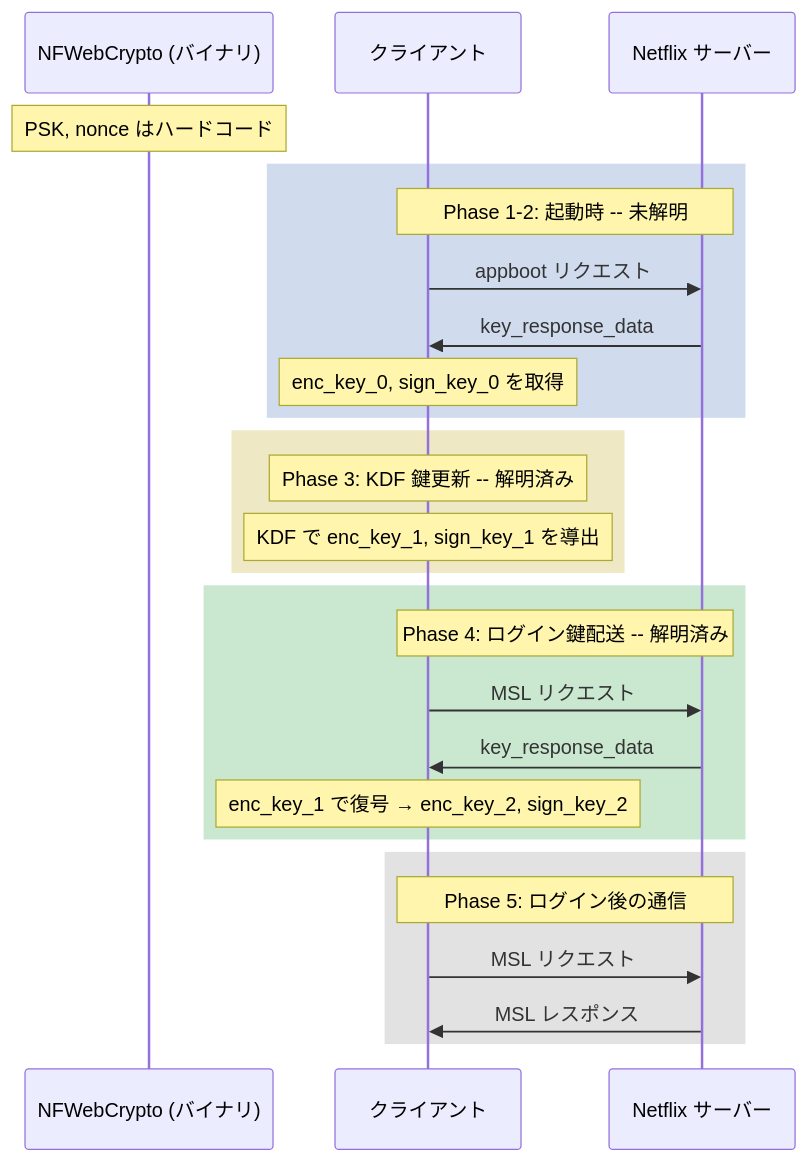
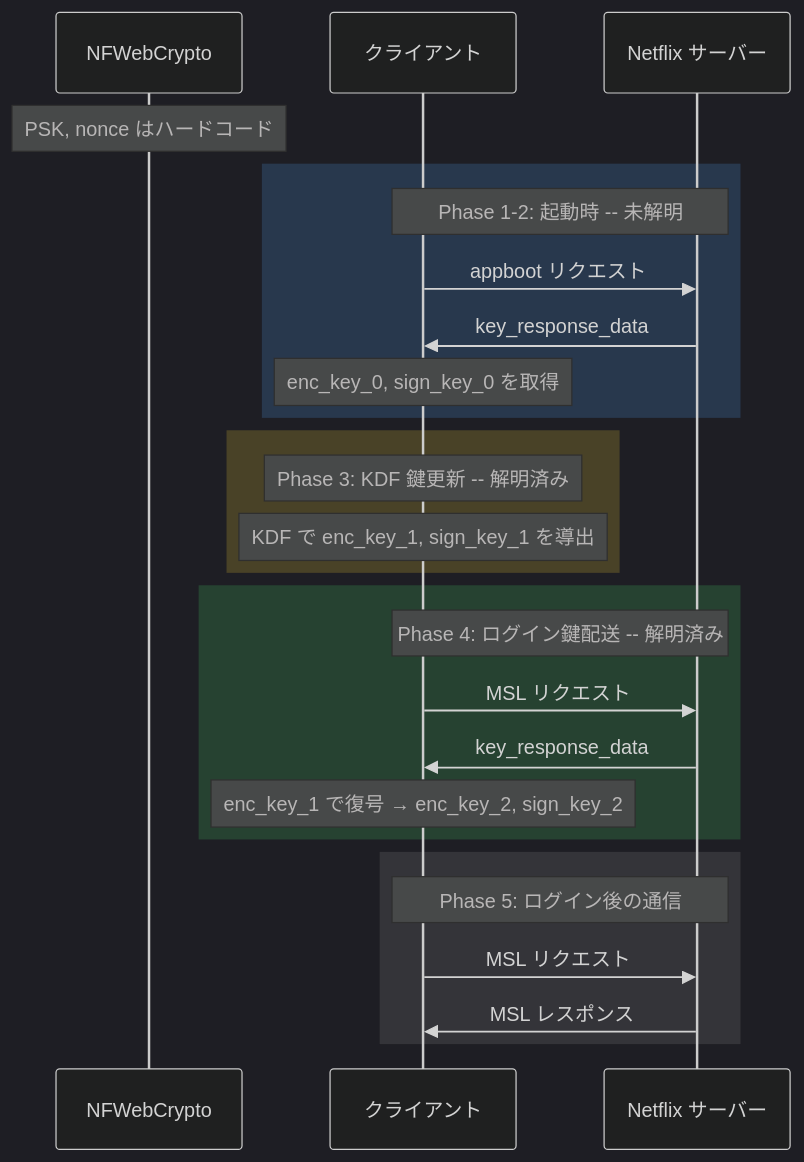
Before and after one commit to qtmleap/revkit: the second of 5 diagrams in docs/spec/msl_key_relationship.md, drawn with Mermaid.

Commit message:
fix(docs): ライフサイクル図にMermaidダークテーマを適用
theme: dark ディレクティブを追加し、テキストの視認性を改善。
rect の透過度も調整。

````diff
--- a/docs/spec/msl_key_relationship.md
+++ b/docs/spec/msl_key_relationship.md
@@ -109,33 +109,34 @@
 ```mermaid
+%%{init: {'theme': 'dark'}}%%
 sequenceDiagram
-    participant B as NFWebCrypto (バイナリ)
+    participant B as NFWebCrypto
     participant C as クライアント
     participant S as Netflix サーバー
 
     Note over B: PSK, nonce はハードコード
 
-    rect rgba(100, 140, 200, 0.3)
+    rect rgba(70, 130, 200, 0.25)
     Note over C,S: Phase 1-2: 起動時 -- 未解明
     C->>S: appboot リクエスト
     S->>C: key_response_data
     Note over C: enc_key_0, sign_key_0 を取得
     end
 
-    rect rgba(200, 180, 60, 0.3)
+    rect rgba(200, 170, 50, 0.25)
     Note over C: Phase 3: KDF 鍵更新 -- 解明済み
     Note over C: KDF で enc_key_1, sign_key_1 を導出
     end
 
-    rect rgba(80, 180, 100, 0.3)
+    rect rgba(60, 170, 90, 0.25)
     Note over C,S: Phase 4: ログイン鍵配送 -- 解明済み
     C->>S: MSL リクエスト
     S->>C: key_response_data
     Note over C: enc_key_1 で復号 → enc_key_2, sign_key_2
     end
 
-    rect rgba(160, 160, 160, 0.3)
+    rect rgba(140, 140, 140, 0.2)
     Note over C,S: Phase 5: ログイン後の通信
     C->>S: MSL リクエスト
     S->>C: MSL レスポンス
     end
 ```
````
